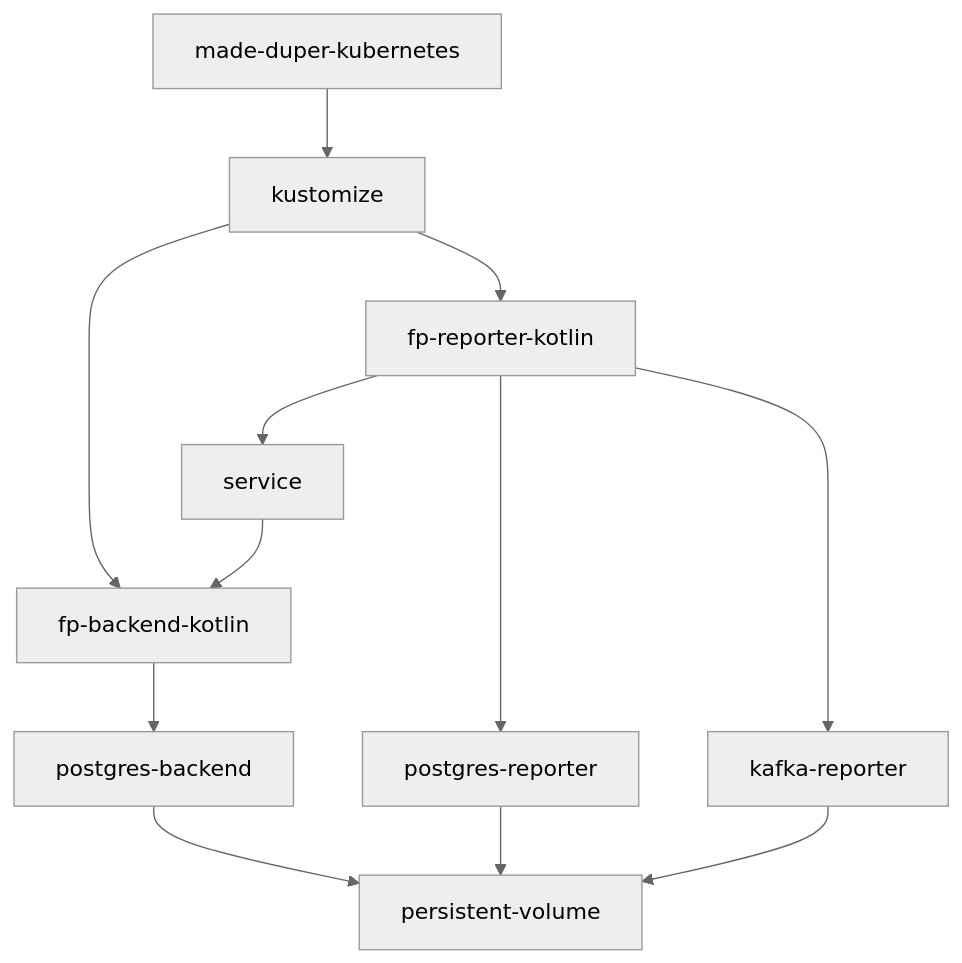
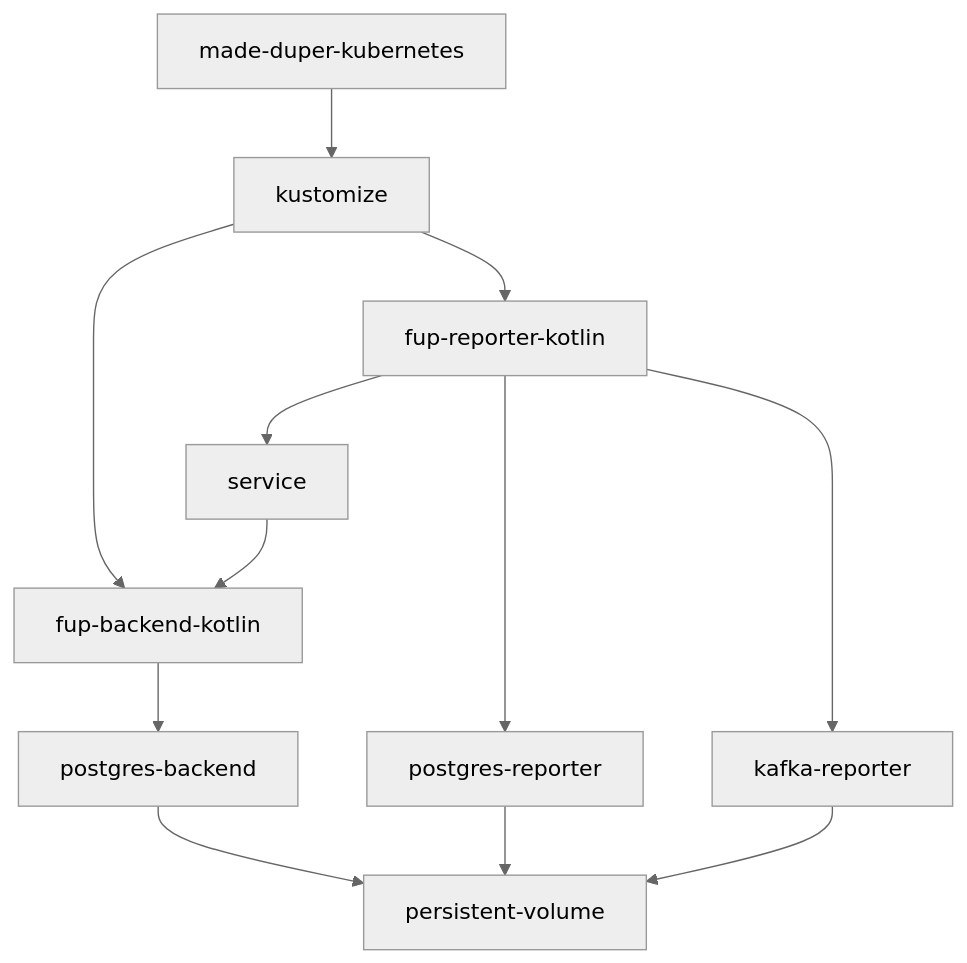
Before and after one commit to mvandermade/funicular-postcard: the second of 3 diagrams in README.md, drawn with Mermaid (neutral theme). The commit also changed other lines of this file, not shown here.

Commit message:
fp -> fup

````diff
--- a/README.md
+++ b/README.md
@@ -48,14 +48,14 @@
 ```mermaid
 graph TD
   made-duper-kubernetes --> kustomize
-  kustomize --> fp-backend-kotlin
-  fp-backend-kotlin --> postgres-backend
+  kustomize --> fup-backend-kotlin
+  fup-backend-kotlin --> postgres-backend
   postgres-backend --> persistent-volume
-  kustomize --> fp-reporter-kotlin
-  fp-reporter-kotlin --> postgres-reporter
+  kustomize --> fup-reporter-kotlin
+  fup-reporter-kotlin --> postgres-reporter
   postgres-reporter --> persistent-volume
-  fp-reporter-kotlin --> kafka-reporter
+  fup-reporter-kotlin --> kafka-reporter
   kafka-reporter --> persistent-volume
-  fp-reporter-kotlin --> service
-  service --> fp-backend-kotlin
+  fup-reporter-kotlin --> service
+  service --> fup-backend-kotlin
 ```
````
